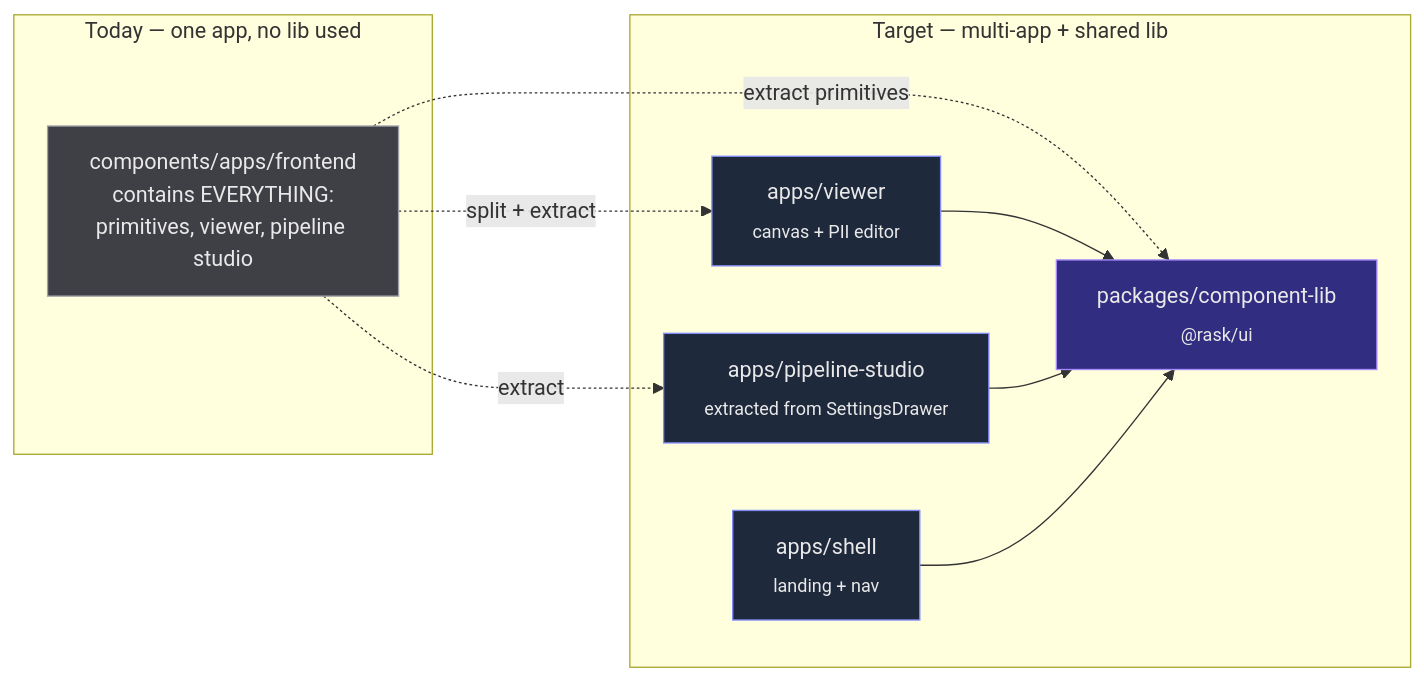
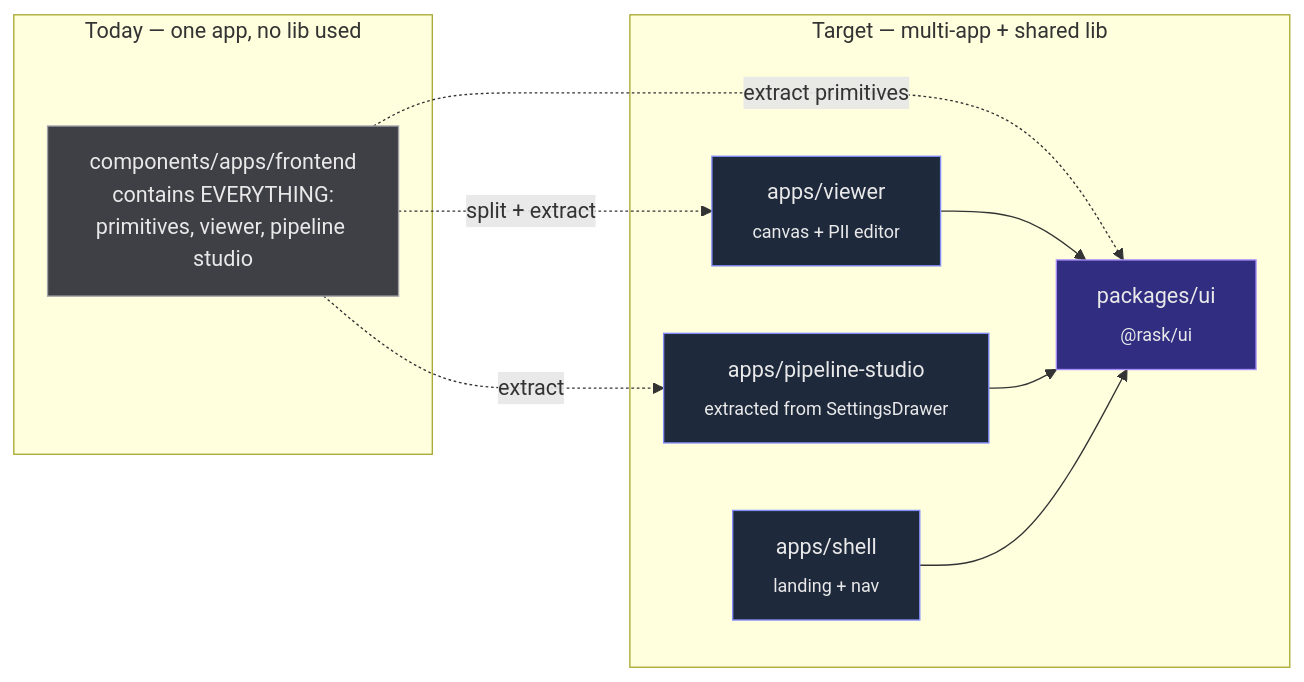
The third of 4 diagrams in docs/architecture/frontend-monorepo.md (AI-Riksarkivet/rask), drawn with Mermaid before and after one commit. The commit also changed other lines of this file and 153 other files, not shown here.

````diff
--- a/docs/architecture/frontend-monorepo.md
+++ b/docs/architecture/frontend-monorepo.md
@@ -88,27 +88,27 @@
 ```mermaid
 flowchart LR
     subgraph today["Today — one app, no lib used"]
         feA["components/apps/frontend<br/>contains EVERYTHING:<br/>primitives, viewer, pipeline studio"]
     end
 
     subgraph target["Target — multi-app + shared lib"]
         feB["apps/viewer<br/><sub>canvas + PII editor</sub>"]
         psB["apps/pipeline-studio<br/><sub>extracted from SettingsDrawer</sub>"]
         shB["apps/shell<br/><sub>landing + nav</sub>"]
-        libB["packages/component-lib<br/><sub>@rask/ui</sub>"]
+        libB["packages/ui<br/><sub>@rask/ui</sub>"]
     end
 
     feA -. "split + extract" .-> feB
     feA -. "extract" .-> psB
     feA -. "extract primitives" .-> libB
     feB --> libB
     psB --> libB
     shB --> libB
 
     classDef now fill:#3f3f46,stroke:#a1a1aa,color:#e9e9ea
     classDef future fill:#1e293b,stroke:#818cf8,color:#e9e9ea
     classDef libnode fill:#312e81,stroke:#a78bfa,color:#e9e9ea
     class feA now
     class feB,psB,shB future
     class libB libnode
 ```
````
